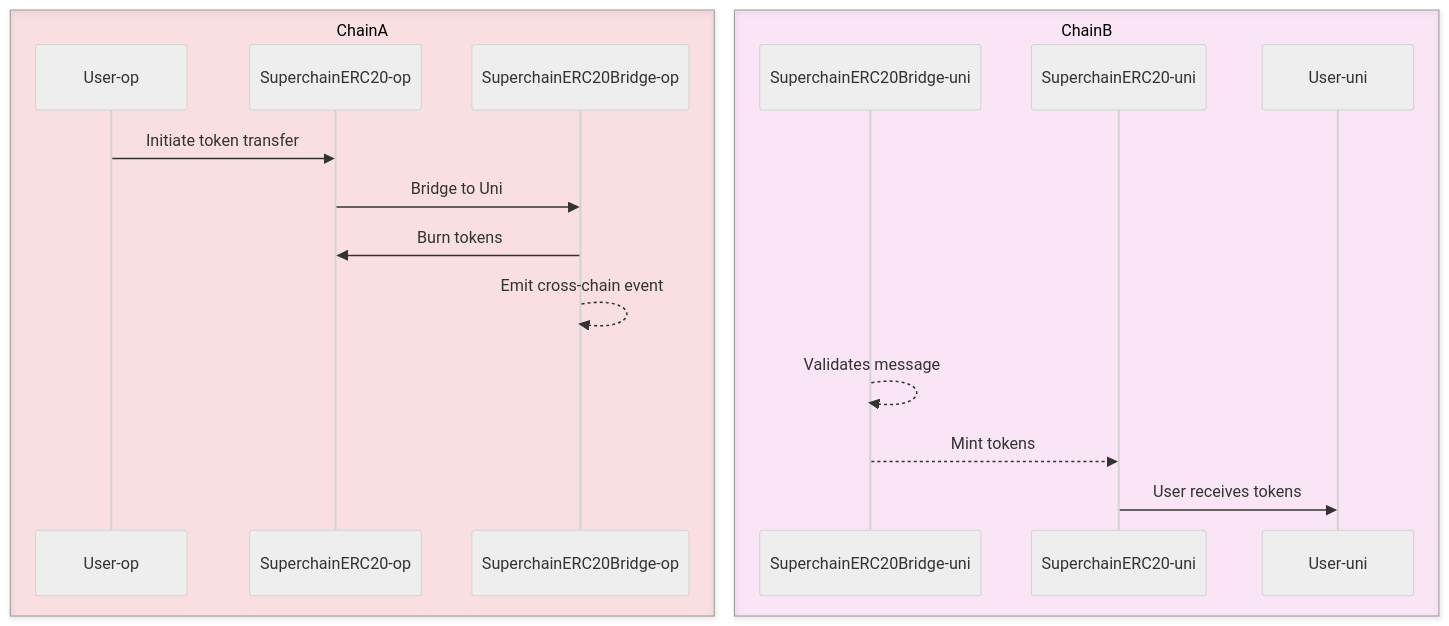
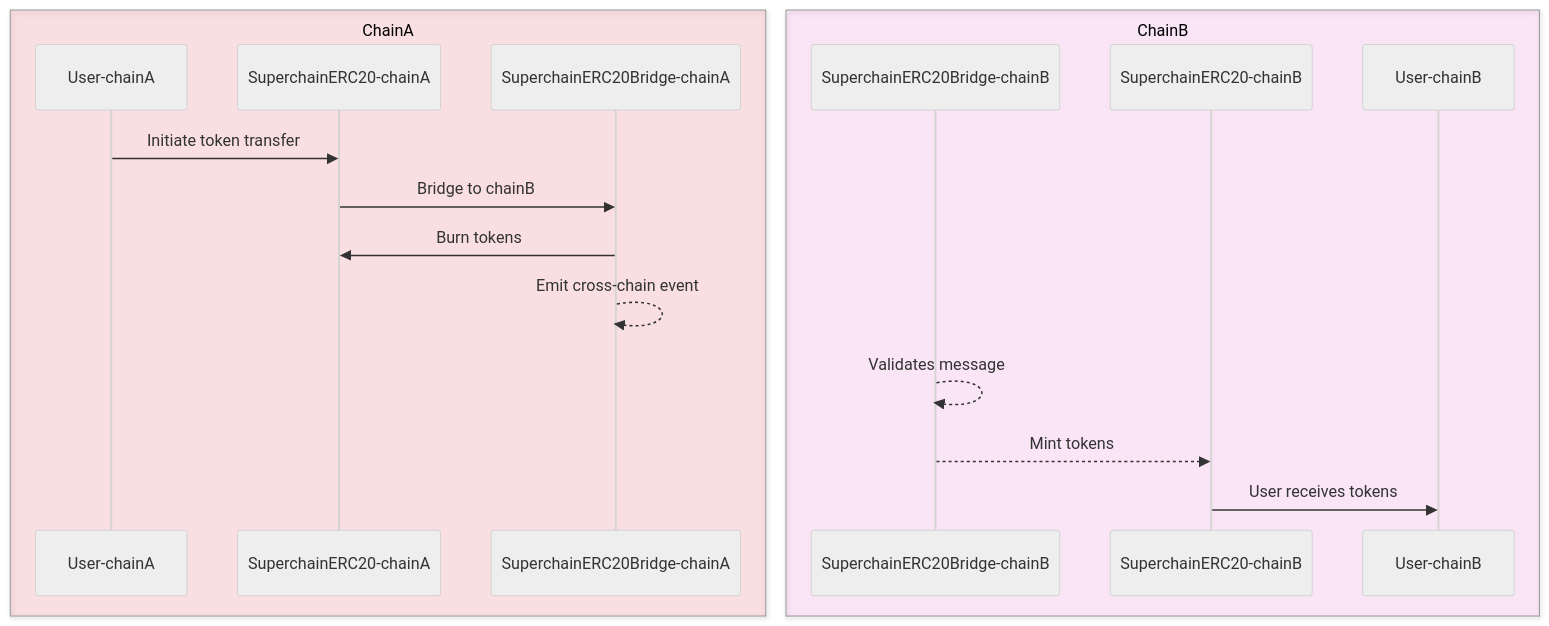
The diagram in pages/stack/protocol/interop/superchain-erc20.mdx (ethereum-optimism/docs), drawn with Mermaid (neutral theme) before and after one commit.

````diff
--- a/pages/stack/protocol/interop/superchain-erc20.mdx
+++ b/pages/stack/protocol/interop/superchain-erc20.mdx
@@ -31,22 +31,22 @@
 ```mermaid
 sequenceDiagram
 		box rgba(255, 4, 32, 0.1) ChainA
-		  participant User-op
-		  participant SuperchainERC20-op
-	    participant SuperchainERC20Bridge-op
+		  participant User-chainA
+		  participant SuperchainERC20-chainA
+	    participant SuperchainERC20Bridge-chainA
 		end
 		box rgba(248, 61, 213, 0.1) ChainB
-			participant SuperchainERC20Bridge-uni
-	    participant SuperchainERC20-uni
-	    participant User-uni
+			participant SuperchainERC20Bridge-chainB
+	    participant SuperchainERC20-chainB
+	    participant User-chainB
 		end
   
     
-    User-op->>SuperchainERC20-op: Initiate token transfer
-    SuperchainERC20-op->>SuperchainERC20Bridge-op: Bridge to Uni
-    SuperchainERC20Bridge-op->>SuperchainERC20-op: Burn tokens
-    SuperchainERC20Bridge-op-->>SuperchainERC20Bridge-op: Emit cross-chain event
-    SuperchainERC20Bridge-uni-->>SuperchainERC20Bridge-uni: Validates message
-    SuperchainERC20Bridge-uni-->>SuperchainERC20-uni: Mint tokens
-    SuperchainERC20-uni->>User-uni: User receives tokens
+    User-chainA->>SuperchainERC20-chainA: Initiate token transfer
+    SuperchainERC20-chainA->>SuperchainERC20Bridge-chainA: Bridge to chainB
+    SuperchainERC20Bridge-chainA->>SuperchainERC20-chainA: Burn tokens
+    SuperchainERC20Bridge-chainA-->>SuperchainERC20Bridge-chainA: Emit cross-chain event
+    SuperchainERC20Bridge-chainB-->>SuperchainERC20Bridge-chainB: Validates message
+    SuperchainERC20Bridge-chainB-->>SuperchainERC20-chainB: Mint tokens
+    SuperchainERC20-chainB->>User-chainB: User receives tokens
 ```
````
